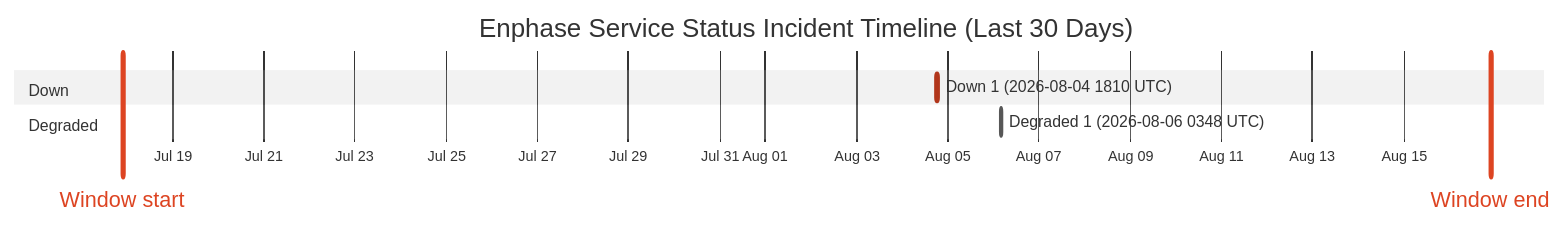
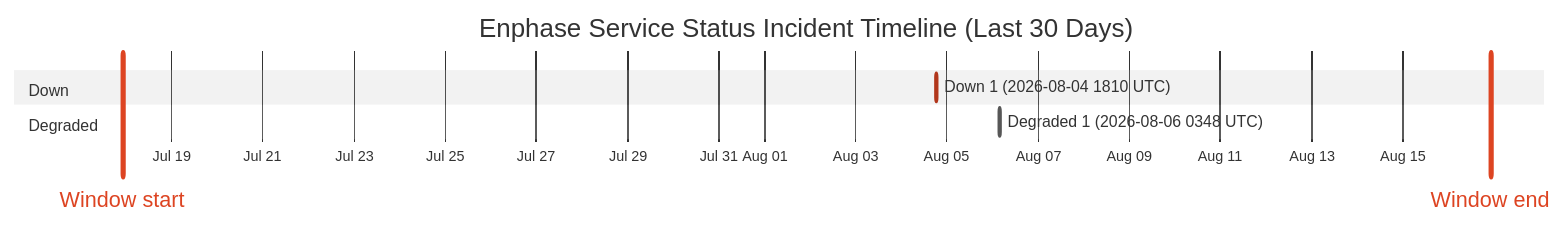
The diagram in wiki/Service-Status-History.md (barneyonline/ha-enphase-energy), drawn with Mermaid (neutral theme) before and after one commit. The commit also changed other lines of this file and 3 other files, not shown here.

````diff
--- a/wiki/Service-Status-History.md
+++ b/wiki/Service-Status-History.md
@@ -14,12 +14,12 @@
 ```mermaid
 gantt
     title Enphase Service Status Incident Timeline (Last 30 Days)
     dateFormat  YYYY-MM-DDTHH:mm:ss
     axisFormat  %b %d
-    Window start :vert, window-start, 2026-07-17T21:43:53, 0ms
-    Window end :vert, window-end, 2026-08-16T21:43:53, 0ms
+    Window start :vert, window-start, 2026-07-17T22:18:28, 0ms
+    Window end :vert, window-end, 2026-08-16T22:18:28, 0ms
     section Down
     Down 1 (2026-08-04 1810 UTC) :crit, down-1, 2026-08-04T18:10:46, 60m
     section Degraded
     Degraded 1 (2026-08-06 0348 UTC) :active, degraded-1, 2026-08-06T03:48:14, 60m
 ```
````
